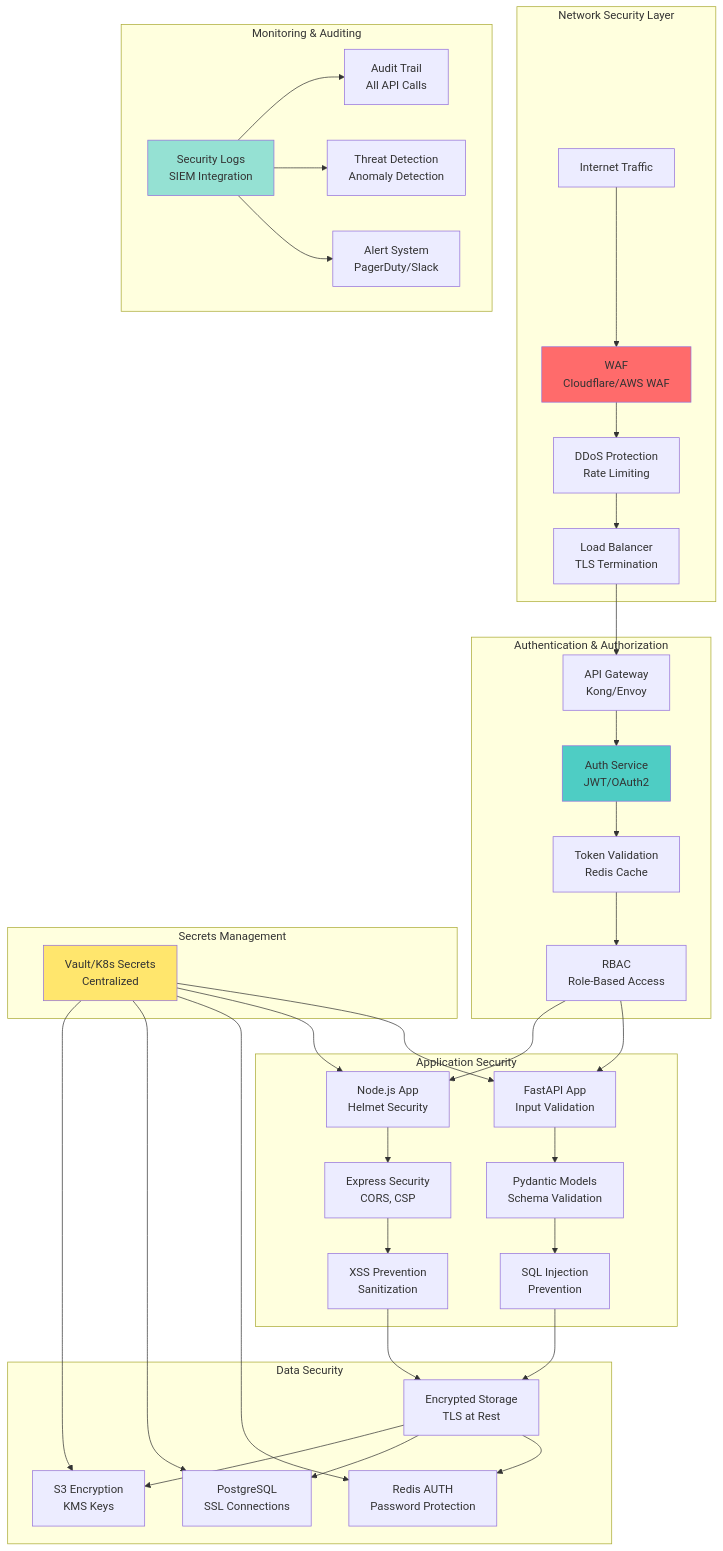
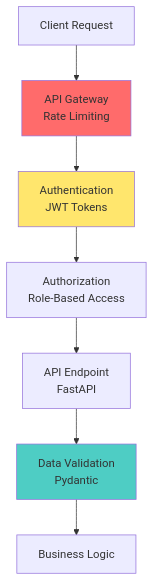
Before and after one commit to lucylow/blank-slate-canvas: diagram 27 of 27 in README.md, drawn with Mermaid. The commit also changed other lines of this file and 2 other files, not shown here.

````diff
--- a/README.md
+++ b/README.md
@@ -2124,54 +1475,13 @@
 ```mermaid
 graph TB
-    subgraph "Network Security Layer"
-        A[Internet Traffic] --> B[WAF<br/>Cloudflare/AWS WAF]
-        B --> C[DDoS Protection<br/>Rate Limiting]
-        C --> D[Load Balancer<br/>TLS Termination]
-    end
-    
-    subgraph "Authentication & Authorization"
-        D --> E[API Gateway<br/>Kong/Envoy]
-        E --> F[Auth Service<br/>JWT/OAuth2]
-        F --> G[Token Validation<br/>Redis Cache]
-        G --> H[RBAC<br/>Role-Based Access]
-    end
-    
-    subgraph "Application Security"
-        H --> I[FastAPI App<br/>Input Validation]
-        H --> J[Node.js App<br/>Helmet Security]
-        
-        I --> K[Pydantic Models<br/>Schema Validation]
-        J --> L[Express Security<br/>CORS, CSP]
-        
-        K --> M[SQL Injection<br/>Prevention]
-        L --> N[XSS Prevention<br/>Sanitization]
-    end
-    
-    subgraph "Data Security"
-        M --> O[Encrypted Storage<br/>TLS at Rest]
-        N --> O
-        
-        O --> P[Redis AUTH<br/>Password Protection]
-        O --> Q[PostgreSQL<br/>SSL Connections]
-        O --> R[S3 Encryption<br/>KMS Keys]
-    end
-    
-    subgraph "Secrets Management"
-        S[Vault/K8s Secrets<br/>Centralized] --> I
-        S --> J
-        S --> P
-        S --> Q
-        S --> R
-    end
-    
-    subgraph "Monitoring & Auditing"
-        T[Security Logs<br/>SIEM Integration] --> U[Audit Trail<br/>All API Calls]
-        T --> V[Threat Detection<br/>Anomaly Detection]
-        T --> W[Alert System<br/>PagerDuty/Slack]
-    end
+    A[Client Request] --> B[API Gateway<br/>Rate Limiting]
+    B --> C[Authentication<br/>JWT Tokens]
+    C --> D[Authorization<br/>Role-Based Access]
+    D --> E[API Endpoint<br/>FastAPI]
+    E --> F[Data Validation<br/>Pydantic]
+    F --> G[Business Logic]
     
     style B fill:#ff6b6b
+    style C fill:#ffe66d
     style F fill:#4ecdc4
-    style S fill:#ffe66d
-    style T fill:#95e1d3
 ```
````
